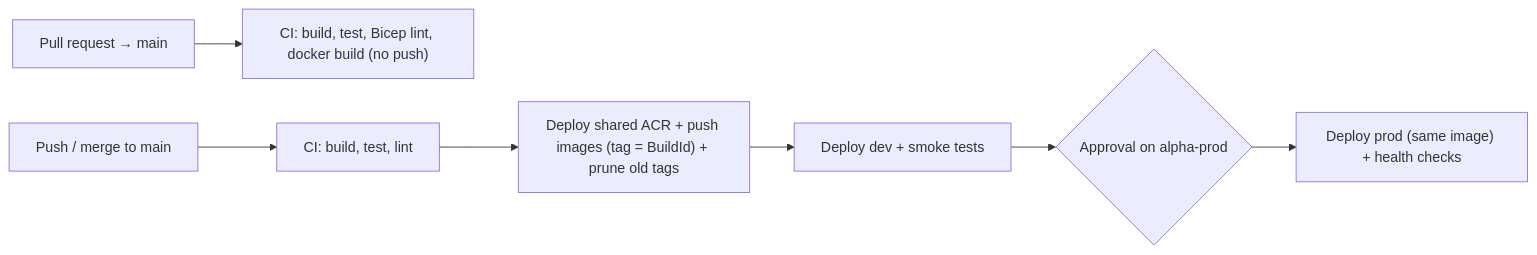
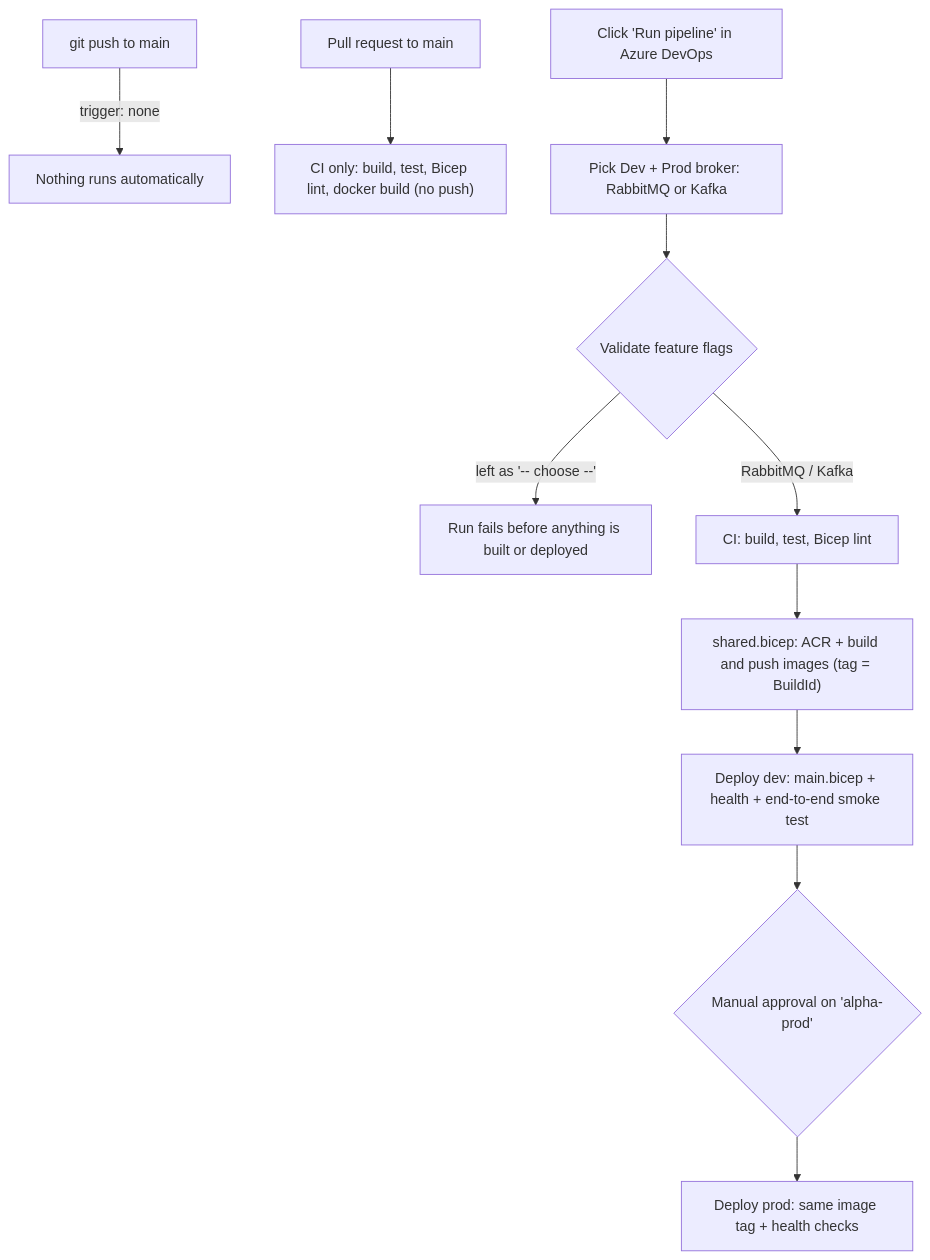
Before and after one commit to Aabhaas9413/RabbitText: the first of 3 diagrams in docs/AZURE_DEPLOYMENT.md, drawn with Mermaid. The commit also changed other lines of this file and 5 other files, not shown here.

Commit message:
Require explicit RabbitMQ/Kafka choice on every deployment; manual-only deploys; full Azure docs

````diff
--- a/docs/AZURE_DEPLOYMENT.md
+++ b/docs/AZURE_DEPLOYMENT.md
@@ -69,9 +23,13 @@
 ```mermaid
-flowchart LR
-    PR["Pull request → main"] --> CI1["CI: build, test, Bicep lint, docker build (no push)"]
-    Main["Push / merge to main"] --> CI2["CI: build, test, lint"]
-    CI2 --> IMG["Deploy shared ACR + push images (tag = BuildId) + prune old tags"]
-    IMG --> DEV["Deploy dev + smoke tests"]
-    DEV --> APPROVAL{"Approval on alpha-prod"}
-    APPROVAL --> PROD["Deploy prod (same image) + health checks"]
+flowchart TD
+    DevPush["git push to main"] -->|"trigger: none"| Nothing["Nothing runs automatically"]
+    PR["Pull request to main"] --> CIPR["CI only: build, test, Bicep lint, docker build (no push)"]
+    Run["Click 'Run pipeline' in Azure DevOps"] --> Prompt["Pick Dev + Prod broker: RabbitMQ or Kafka"]
+    Prompt --> Validate{"Validate feature flags"}
+    Validate -->|"left as '-- choose --'"| Fail["Run fails before anything is built or deployed"]
+    Validate -->|"RabbitMQ / Kafka"| CI["CI: build, test, Bicep lint"]
+    CI --> IMG["shared.bicep: ACR + build and push images (tag = BuildId)"]
+    IMG --> DEV["Deploy dev: main.bicep + health + end-to-end smoke test"]
+    DEV --> APPROVAL{"Manual approval on 'alpha-prod'"}
+    APPROVAL --> PROD["Deploy prod: same image tag + health checks"]
 ```
````
